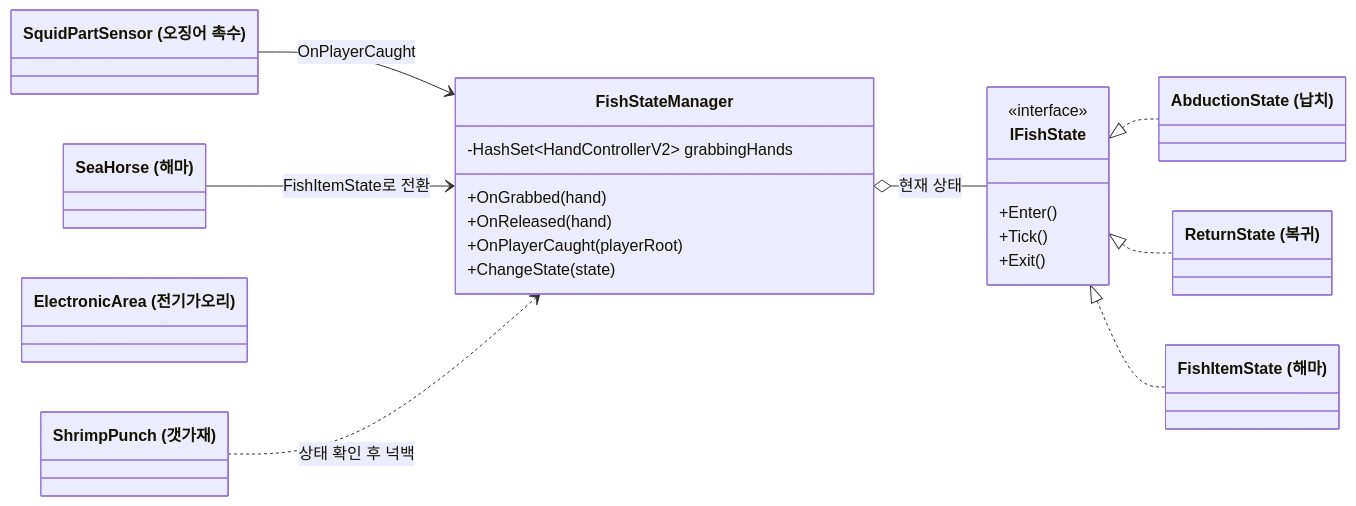
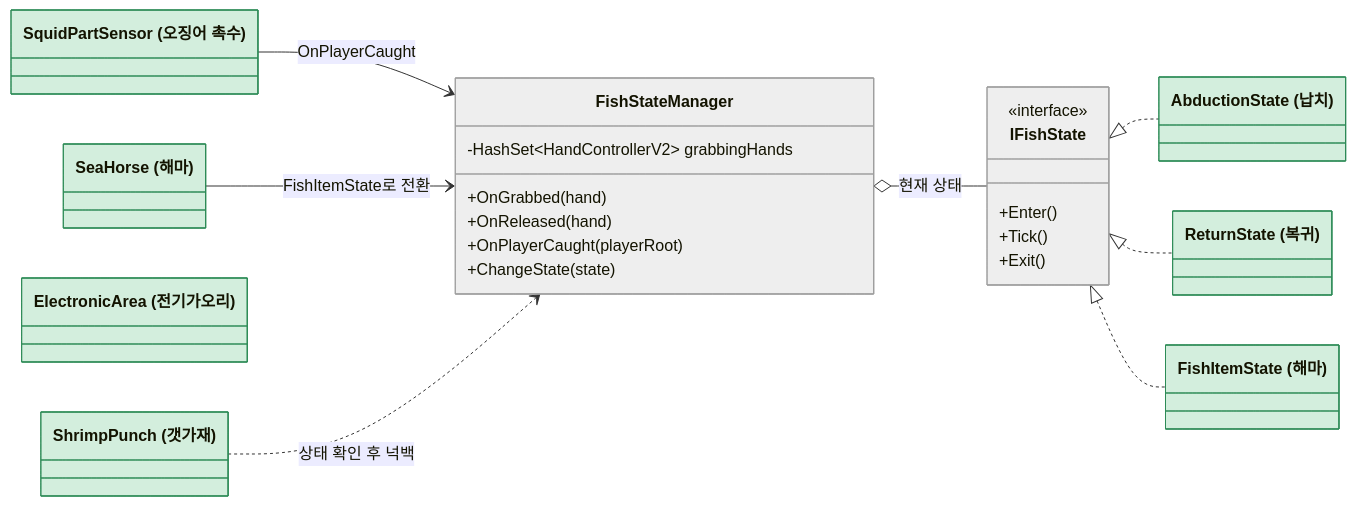
One commit to tmdrn17/portfolio changed the second of 5 diagrams in src/02-WeGotOne/기술문서.md. Above: the diagram before and after it, drawn with Mermaid. The commit also changed other lines of this file and 7 other files, not shown here.

First line of the commit message:
슬라이드 링크 아이콘, 다이어그램 원문 하얀 글자, We Got One 시스템 구조 정리

````diff
--- a/src/02-WeGotOne/기술문서.md
+++ b/src/02-WeGotOne/기술문서.md
@@ -73,31 +75,40 @@
 ```mermaid
 classDiagram
   direction LR
   class IFishState {
     <<interface>>
     +Enter()
     +Tick()
     +Exit()
   }
   class FishStateManager {
     -HashSet~HandControllerV2~ grabbingHands
     +OnGrabbed(hand)
     +OnReleased(hand)
     +OnPlayerCaught(playerRoot)
     +ChangeState(state)
   }
   class AbductionState["AbductionState (납치)"]
   class ReturnState["ReturnState (복귀)"]
   class FishItemState["FishItemState (해마)"]
   class SquidPartSensor["SquidPartSensor (오징어 촉수)"]
   class ShrimpPunch["ShrimpPunch (갯가재)"]
   class ElectronicArea["ElectronicArea (전기가오리)"]
   class SeaHorse["SeaHorse (해마)"]
   IFishState <|.. AbductionState
   IFishState <|.. ReturnState
   IFishState <|.. FishItemState
   FishStateManager o-- IFishState : 현재 상태
   SquidPartSensor --> FishStateManager : OnPlayerCaught
   SeaHorse --> FishStateManager : FishItemState로 전환
   ShrimpPunch ..> FishStateManager : 상태 확인 후 넉백
+  style IFishState fill:#EEEEEE,stroke:#9E9E9E
+  style FishStateManager fill:#EEEEEE,stroke:#9E9E9E
+  style AbductionState fill:#D3EEDD,stroke:#2E8B57
+  style ReturnState fill:#D3EEDD,stroke:#2E8B57
+  style FishItemState fill:#D3EEDD,stroke:#2E8B57
+  style SquidPartSensor fill:#D3EEDD,stroke:#2E8B57
+  style ShrimpPunch fill:#D3EEDD,stroke:#2E8B57
+  style ElectronicArea fill:#D3EEDD,stroke:#2E8B57
+  style SeaHorse fill:#D3EEDD,stroke:#2E8B57
 ```
````
